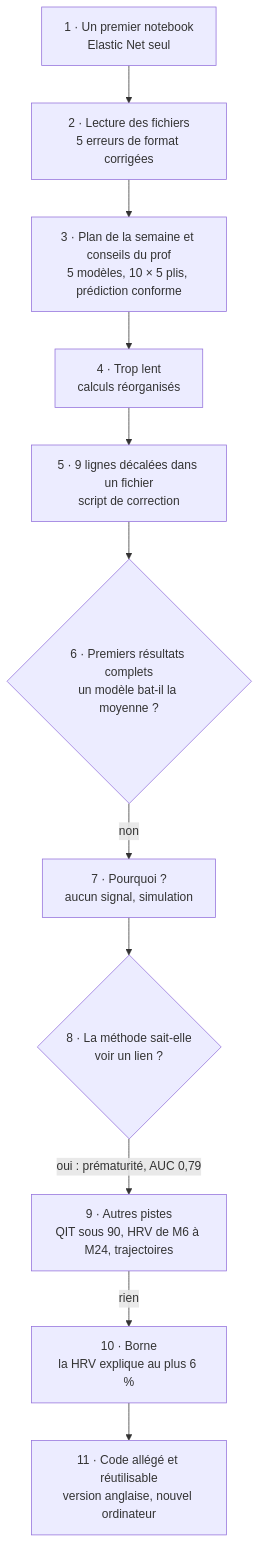
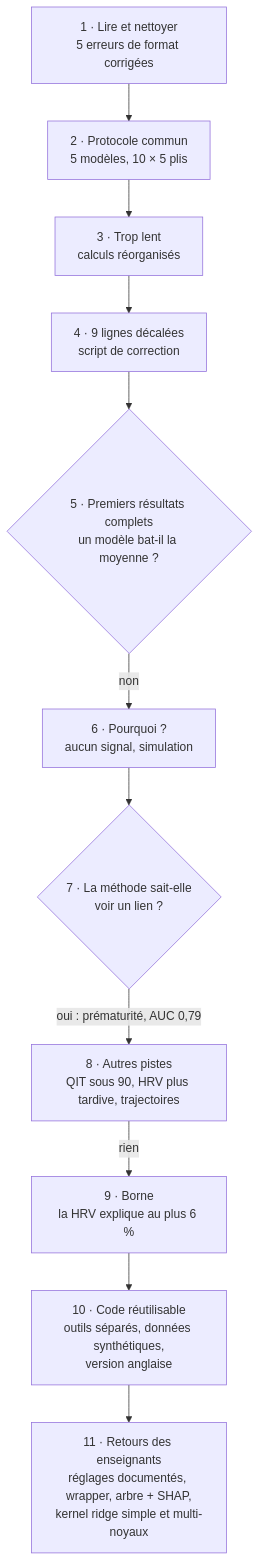
Before and after one commit to 1p0tato1/FSIQ-from-ECG: the second of 2 diagrams in GroupA/Jade/README_fr.md, drawn with Mermaid. The commit also changed other lines of this file and 15 other files, not shown here.

````diff
--- a/GroupA/Jade/README_fr.md
+++ b/GroupA/Jade/README_fr.md
@@ -150,13 +161,13 @@
 ```mermaid
 flowchart TD
-    A["1 · Un premier notebook<br/>Elastic Net seul"] --> B["2 · Lecture des fichiers<br/>5 erreurs de format corrigées"]
-    B --> C["3 · Plan de la semaine et conseils du prof<br/>5 modèles, 10 × 5 plis, prédiction conforme"]
-    C --> D["4 · Trop lent<br/>calculs réorganisés"]
-    D --> E["5 · 9 lignes décalées dans un fichier<br/>script de correction"]
-    E --> F{"6 · Premiers résultats complets<br/>un modèle bat-il la moyenne ?"}
-    F -- non --> G["7 · Pourquoi ?<br/>aucun signal, simulation"]
-    G --> H{"8 · La méthode sait-elle<br/>voir un lien ?"}
-    H -- "oui : prématurité, AUC 0,79" --> I["9 · Autres pistes<br/>QIT sous 90, HRV de M6 à M24, trajectoires"]
-    I -- rien --> J["10 · Borne<br/>la HRV explique au plus 6 %"]
-    J --> K["11 · Code allégé et réutilisable<br/>version anglaise, nouvel ordinateur"]
+    A["1 · Lire et nettoyer<br/>5 erreurs de format corrigées"] --> B["2 · Protocole commun<br/>5 modèles, 10 × 5 plis"]
+    B --> C["3 · Trop lent<br/>calculs réorganisés"]
+    C --> D["4 · 9 lignes décalées<br/>script de correction"]
+    D --> E{"5 · Premiers résultats complets<br/>un modèle bat-il la moyenne ?"}
+    E -- non --> F["6 · Pourquoi ?<br/>aucun signal, simulation"]
+    F --> G{"7 · La méthode sait-elle<br/>voir un lien ?"}
+    G -- "oui : prématurité, AUC 0,79" --> H["8 · Autres pistes<br/>QIT sous 90, HRV plus tardive, trajectoires"]
+    H -- rien --> I["9 · Borne<br/>la HRV explique au plus 6 %"]
+    I --> J["10 · Code réutilisable<br/>outils séparés, données synthétiques,<br/>version anglaise"]
+    J --> K["11 · Retours des enseignants<br/>réglages documentés, wrapper, arbre + SHAP,<br/>kernel ridge simple et multi-noyaux"]
 ```
````
